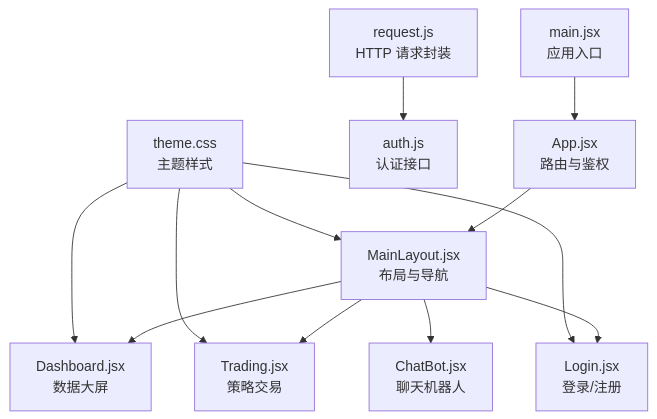
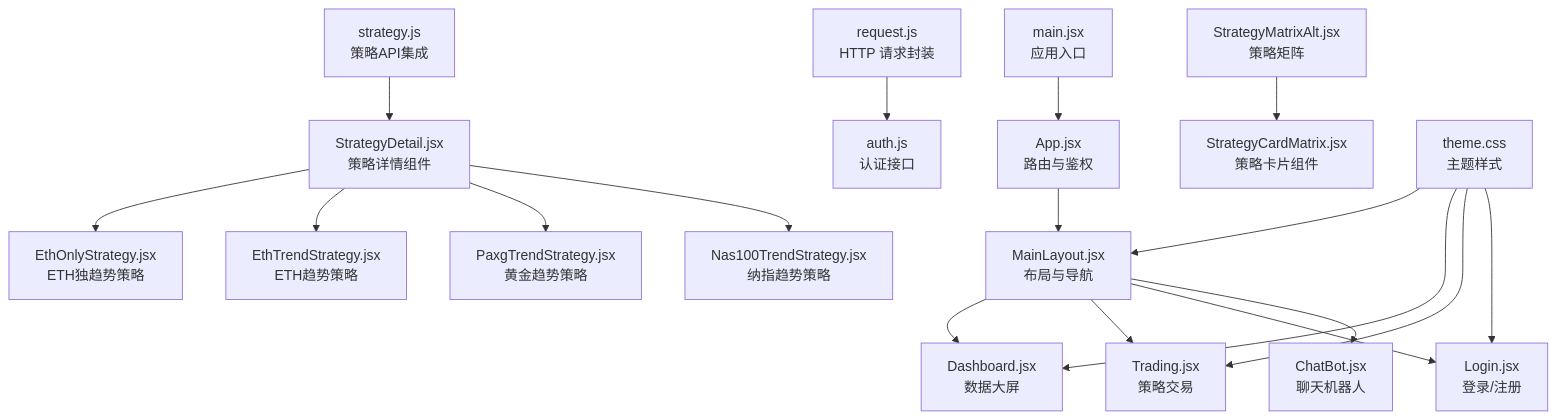
One commit to zyf266/ending changed the first of 10 diagrams in .qoder/repowiki/zh/content/前端应用架构/前端应用架构.md. Above: the diagram before and after it, drawn with Mermaid. The commit also changed other lines of this file and 40 other files, not shown here.

````diff
--- a/.qoder/repowiki/zh/content/前端应用架构/前端应用架构.md
+++ b/.qoder/repowiki/zh/content/前端应用架构/前端应用架构.md
@@ -43,14 +53,20 @@
 ```mermaid
 graph TB
 A["main.jsx<br/>应用入口"] --> B["App.jsx<br/>路由与鉴权"]
 B --> C["MainLayout.jsx<br/>布局与导航"]
 C --> D["Dashboard.jsx<br/>数据大屏"]
 C --> E["Trading.jsx<br/>策略交易"]
 C --> F["Login.jsx<br/>登录/注册"]
 C --> G["ChatBot.jsx<br/>聊天机器人"]
 H["request.js<br/>HTTP 请求封装"] --> I["auth.js<br/>认证接口"]
-J["theme.css<br/>主题样式"] --> C
-J --> D
-J --> E
-J --> F
+J["strategy.js<br/>策略API集成"] --> K["StrategyDetail.jsx<br/>策略详情组件"]
+K --> L["EthOnlyStrategy.jsx<br/>ETH独趋势策略"]
+K --> M["EthTrendStrategy.jsx<br/>ETH趋势策略"]
+K --> N["PaxgTrendStrategy.jsx<br/>黄金趋势策略"]
+K --> O["Nas100TrendStrategy.jsx<br/>纳指趋势策略"]
+P["StrategyMatrixAlt.jsx<br/>策略矩阵"] --> Q["StrategyCardMatrix.jsx<br/>策略卡片组件"]
+R["theme.css<br/>主题样式"] --> C
+R --> D
+R --> E
+R --> F
 ```
````
